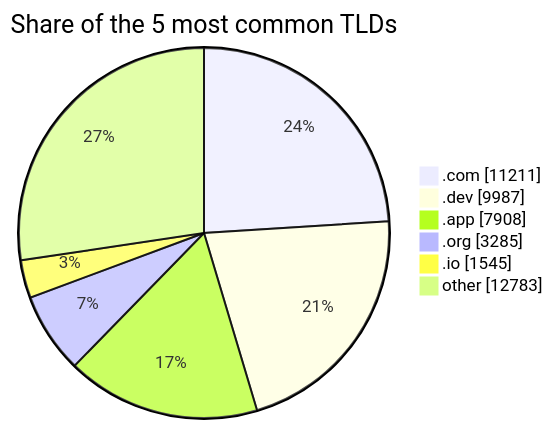
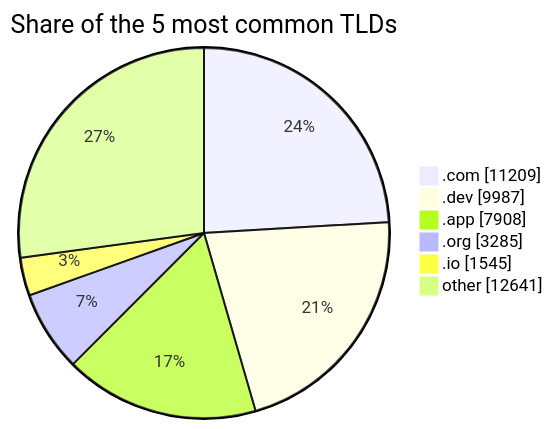
One commit to DNSBunker/CTI changed the third of 3 diagrams in README.md. Above: the diagram before and after it, drawn with Mermaid. The commit also changed other lines of this file and 3 other files, not shown here.

````diff
--- a/README.md
+++ b/README.md
@@ -81,9 +81,9 @@
 ```mermaid
 pie showData title Share of the 5 most common TLDs
-    ".com" : 11211
+    ".com" : 11209
     ".dev" : 9987
     ".app" : 7908
     ".org" : 3285
     ".io" : 1545
-    "other" : 12783
+    "other" : 12641
 ```
````
